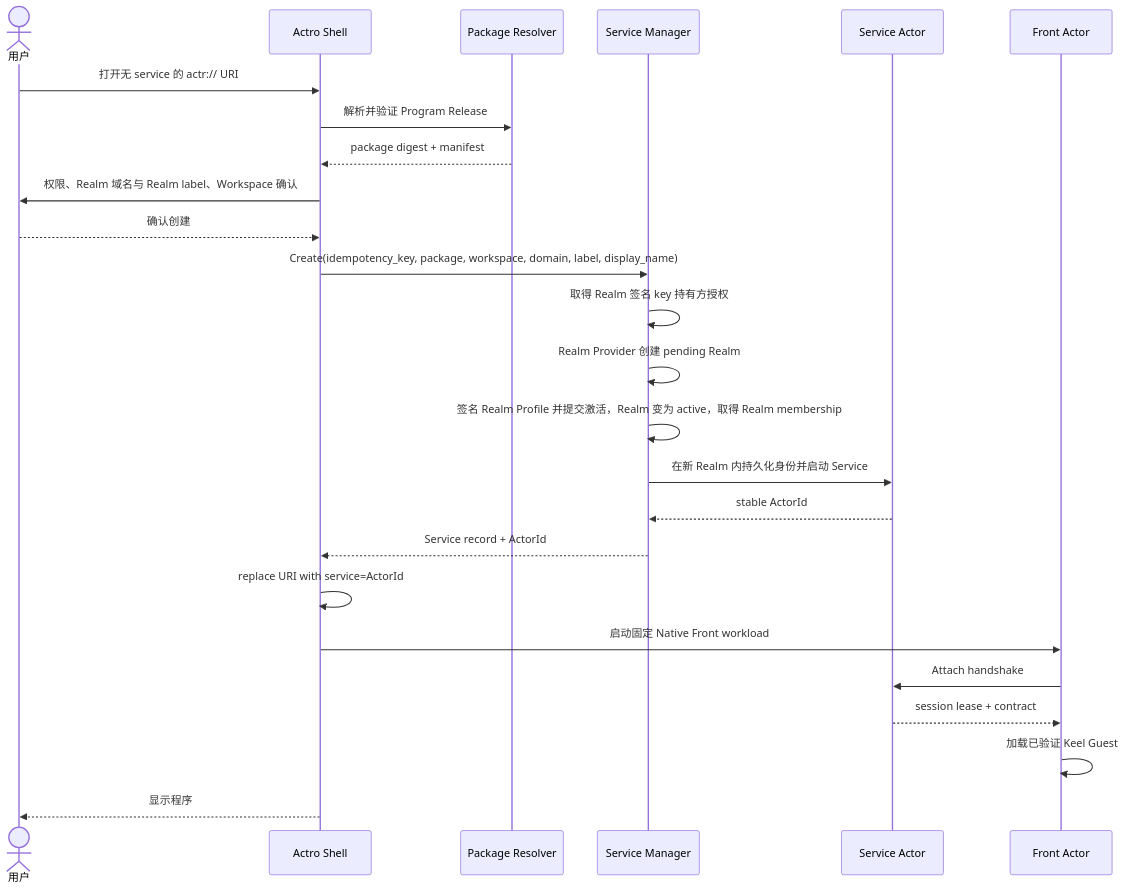
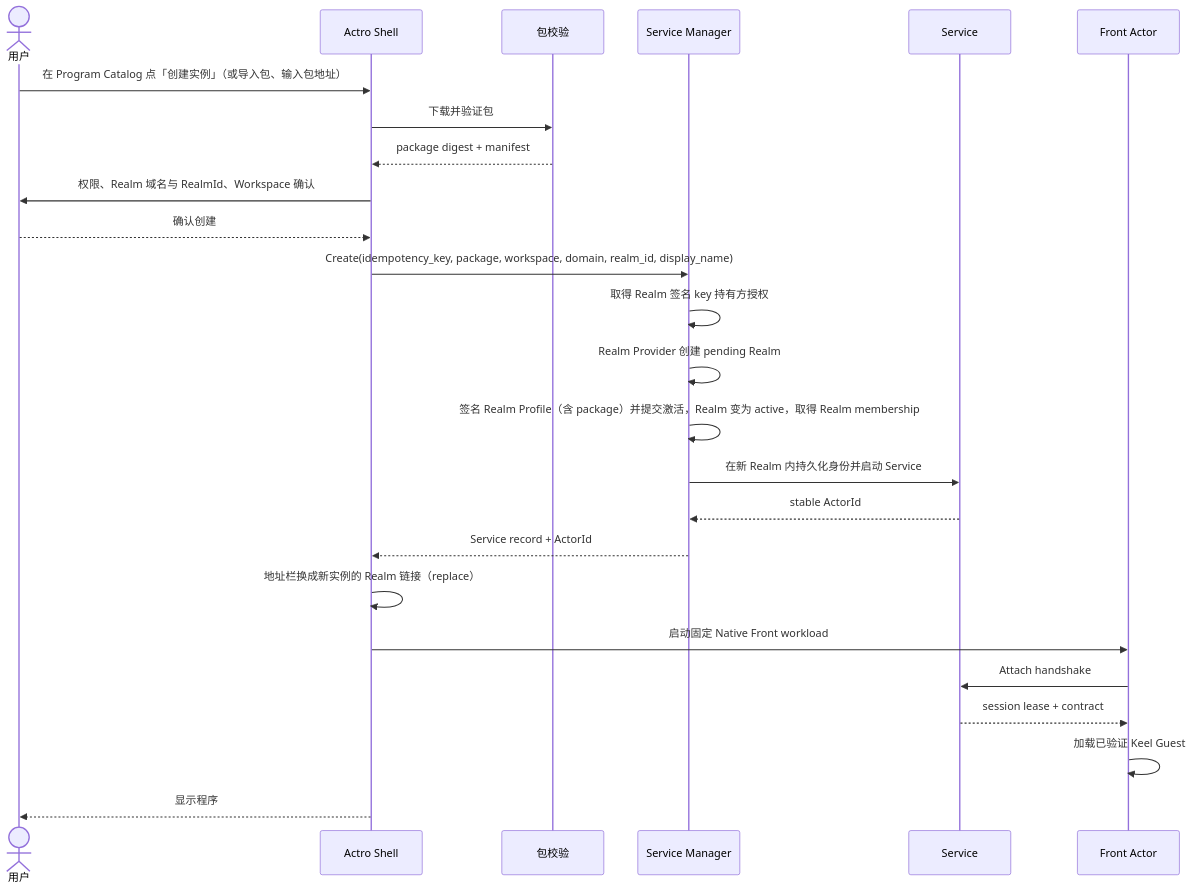
The diagram in docs/product/actrium-v1/03-user-experience.zh.md (Actrium/actrium), drawn with Mermaid before and after one commit. The commit also changed other lines of this file and 39 other files, not shown here.

First line of the commit message:
docs: make actr:// a Realm link and drop package resolution

````diff
--- a/docs/product/actrium-v1/03-user-experience.zh.md
+++ b/docs/product/actrium-v1/03-user-experience.zh.md
@@ -122,28 +116,28 @@
 ```mermaid
 sequenceDiagram
     actor U as 用户
     participant A as Actro Shell
-    participant P as Package Resolver
+    participant P as 包校验
     participant M as Service Manager
-    participant S as Service Actor
+    participant S as Service
     participant F as Front Actor
 
-    U->>A: 打开无 service 的 actr:// URI
-    A->>P: 解析并验证 Program Release
+    U->>A: 在 Program Catalog 点「创建实例」（或导入包、输入包地址）
+    A->>P: 下载并验证包
     P-->>A: package digest + manifest
-    A->>U: 权限、Realm 域名与 Realm label、Workspace 确认
+    A->>U: 权限、Realm 域名与 RealmId、Workspace 确认
     U-->>A: 确认创建
-    A->>M: Create(idempotency_key, package, workspace, domain, label, display_name)
+    A->>M: Create(idempotency_key, package, workspace, domain, realm_id, display_name)
     M->>M: 取得 Realm 签名 key 持有方授权
     M->>M: Realm Provider 创建 pending Realm
-    M->>M: 签名 Realm Profile 并提交激活，Realm 变为 active，取得 Realm membership
+    M->>M: 签名 Realm Profile（含 package）并提交激活，Realm 变为 active，取得 Realm membership
     M->>S: 在新 Realm 内持久化身份并启动 Service
     S-->>M: stable ActorId
     M-->>A: Service record + ActorId
-    A->>A: replace URI with service=ActorId
+    A->>A: 地址栏换成新实例的 Realm 链接（replace）
     A->>F: 启动固定 Native Front workload
     F->>S: Attach handshake
     S-->>F: session lease + contract
     F->>F: 加载已验证 Keel Guest
     A-->>U: 显示程序
 ```
````
